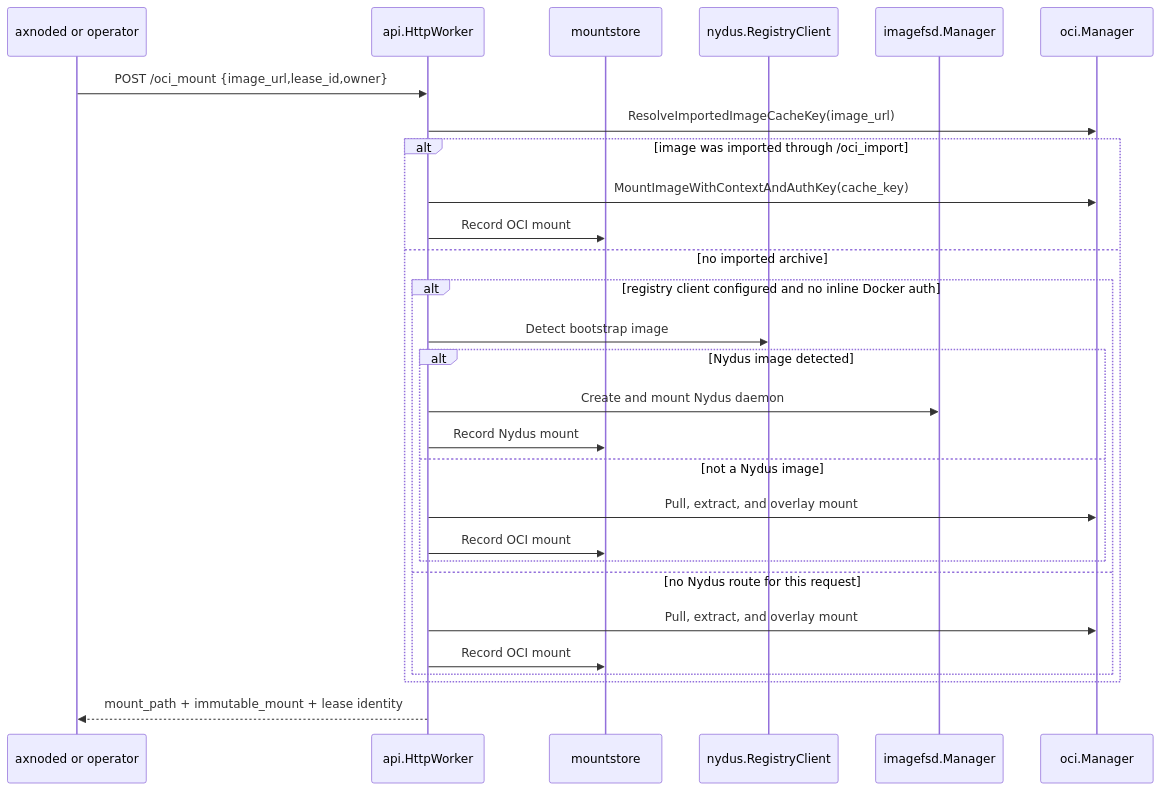
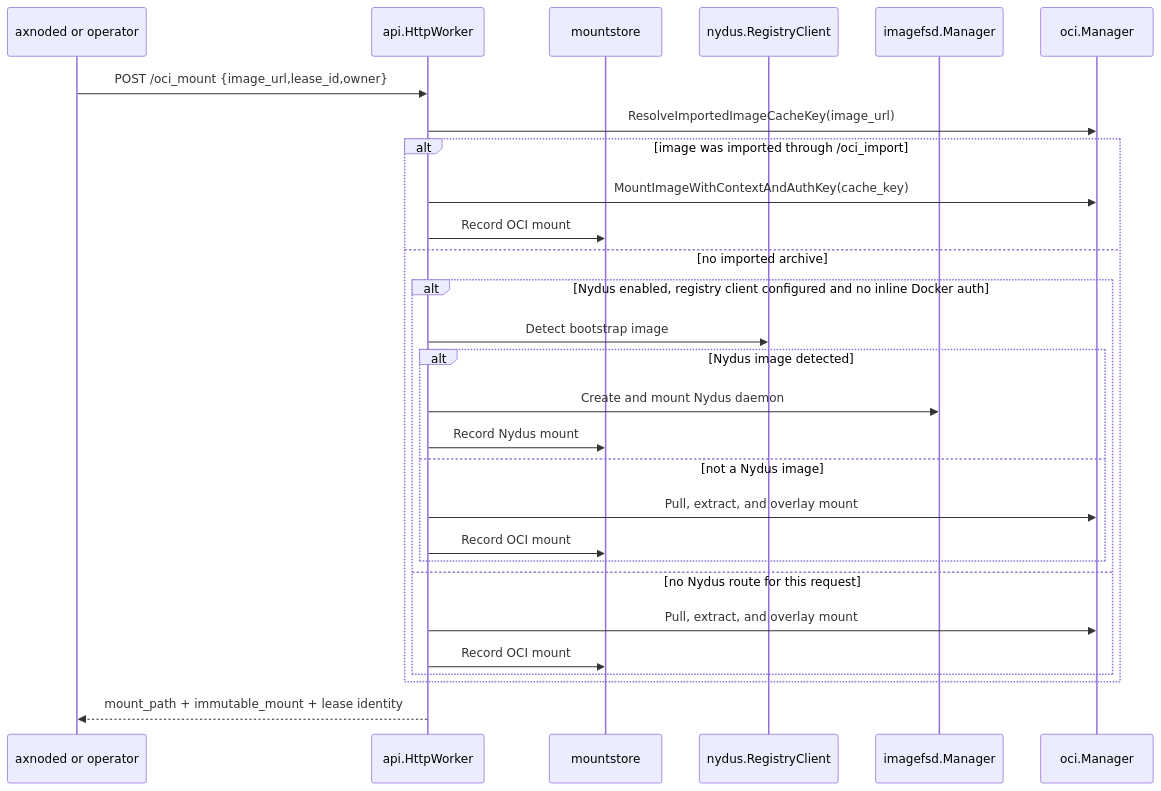
The second of 2 diagrams in runtime/imagemgr/docs/architecture.md (cofy-x/axern), drawn with Mermaid before and after one commit. The commit also changed other lines of this file and 28 other files, not shown here.

````diff
--- a/runtime/imagemgr/docs/architecture.md
+++ b/runtime/imagemgr/docs/architecture.md
@@ -37,31 +37,31 @@
 ```mermaid
 sequenceDiagram
     participant Client as axnoded or operator
     participant API as api.HttpWorker
     participant Store as mountstore
     participant Nydus as nydus.RegistryClient
     participant IFSD as imagefsd.Manager
     participant OCI as oci.Manager
 
     Client->>API: POST /oci_mount {image_url,lease_id,owner}
     API->>OCI: ResolveImportedImageCacheKey(image_url)
     alt image was imported through /oci_import
         API->>OCI: MountImageWithContextAndAuthKey(cache_key)
         API->>Store: Record OCI mount
     else no imported archive
-        alt registry client configured and no inline Docker auth
+        alt Nydus enabled, registry client configured and no inline Docker auth
             API->>Nydus: Detect bootstrap image
             alt Nydus image detected
                 API->>IFSD: Create and mount Nydus daemon
                 API->>Store: Record Nydus mount
             else not a Nydus image
                 API->>OCI: Pull, extract, and overlay mount
                 API->>Store: Record OCI mount
             end
         else no Nydus route for this request
             API->>OCI: Pull, extract, and overlay mount
             API->>Store: Record OCI mount
         end
     end
     API-->>Client: mount_path + immutable_mount + lease identity
 ```
````
